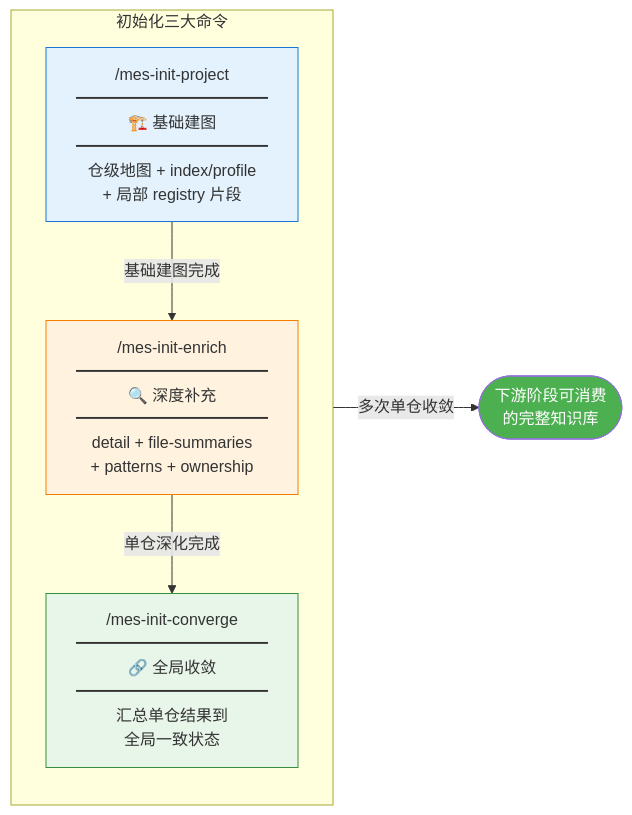
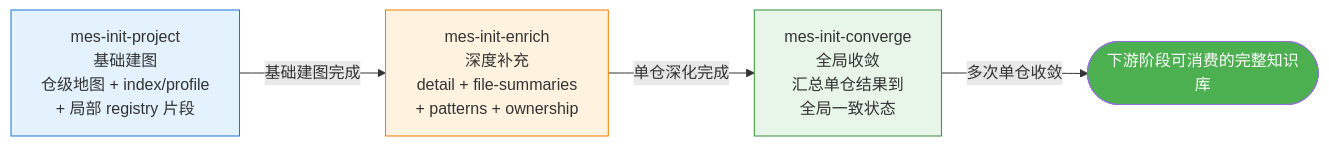
The second of 4 diagrams in mes-ai-dev/workspace/training/01-phase-init-flowchart.md (mes-openai/mes-ai-dev), drawn with Mermaid before and after one commit. The commit also changed other lines of this file and 12 other files, not shown here.

Commit message:
重新生成阶段流程图

````diff
--- a/mes-ai-dev/workspace/training/01-phase-init-flowchart.md
+++ b/mes-ai-dev/workspace/training/01-phase-init-flowchart.md
@@ -141,18 +141,15 @@
 ```mermaid
 flowchart LR
-    subgraph COMMANDS["初始化三大命令"]
-        direction TB
-        A["/mes-init-project<br/>━━━━━━━━━━━━<br/>🏗️ 基础建图<br/>━━━━━━━━━━━━<br/>仓级地图 + index/profile<br/>+ 局部 registry 片段"]
-        B["/mes-init-enrich<br/>━━━━━━━━━━━━<br/>🔍 深度补充<br/>━━━━━━━━━━━━<br/>detail + file-summaries<br/>+ patterns + ownership"]
-        C["/mes-init-converge<br/>━━━━━━━━━━━━<br/>🔗 全局收敛<br/>━━━━━━━━━━━━<br/>汇总单仓结果到<br/>全局一致状态"]
-    end
+    A["mes-init-project<br>基础建图<br>仓级地图 + index/profile<br>+ 局部 registry 片段"]
+    B["mes-init-enrich<br>深度补充<br>detail + file-summaries<br>+ patterns + ownership"]
+    C["mes-init-converge<br>全局收敛<br>汇总单仓结果到<br>全局一致状态"]
 
     A -->|基础建图完成| B
     B -->|单仓深化完成| C
-    C -->|多次单仓收敛| D([下游阶段可消费<br/>的完整知识库])
+    C -->|多次单仓收敛| D(["下游阶段可消费的完整知识库"])
 
     style A fill:#E3F2FD,stroke:#1976D2
     style B fill:#FFF3E0,stroke:#F57C00
     style C fill:#E8F5E9,stroke:#388E3C
     style D fill:#4CAF50,color:white
 ```
````
